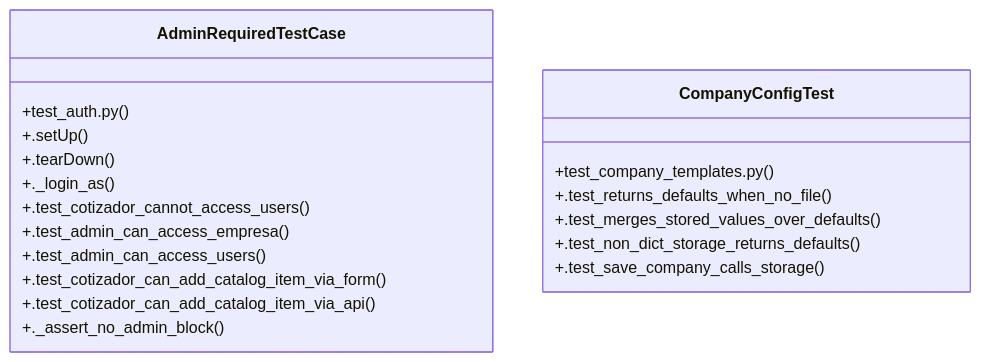
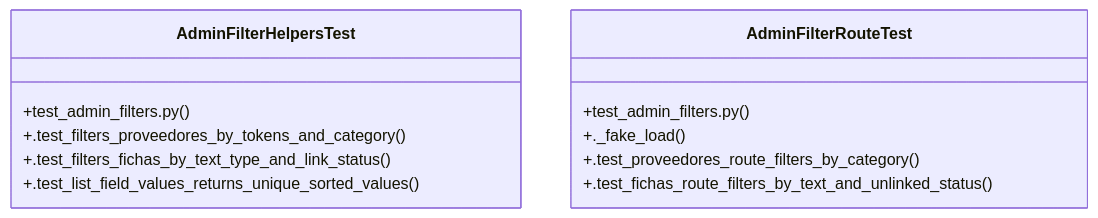
Before and after one commit to Daftrick/ProjectTracker: the diagram in graphify-out/wiki/Community_22.md, drawn with Mermaid. The commit also changed other lines of this file and 479 other files, not shown here.

````diff
--- a/graphify-out/wiki/Community_22.md
+++ b/graphify-out/wiki/Community_22.md
@@ -32,22 +33,15 @@
 ```mermaid
 classDiagram
-    class AdminRequiredTestCase {
-        +test_auth.py()
-        +.setUp()
-        +.tearDown()
-        +._login_as()
-        +.test_cotizador_cannot_access_users()
-        +.test_admin_can_access_empresa()
-        +.test_admin_can_access_users()
-        +.test_cotizador_can_add_catalog_item_via_form()
-        +.test_cotizador_can_add_catalog_item_via_api()
-        +._assert_no_admin_block()
+    class AdminFilterHelpersTest {
+        +test_admin_filters.py()
+        +.test_filters_proveedores_by_tokens_and_category()
+        +.test_filters_fichas_by_text_type_and_link_status()
+        +.test_list_field_values_returns_unique_sorted_values()
     }
-    class CompanyConfigTest {
-        +test_company_templates.py()
-        +.test_returns_defaults_when_no_file()
-        +.test_merges_stored_values_over_defaults()
-        +.test_non_dict_storage_returns_defaults()
-        +.test_save_company_calls_storage()
+    class AdminFilterRouteTest {
+        +test_admin_filters.py()
+        +._fake_load()
+        +.test_proveedores_route_filters_by_category()
+        +.test_fichas_route_filters_by_text_and_unlinked_status()
     }
 ```
````
